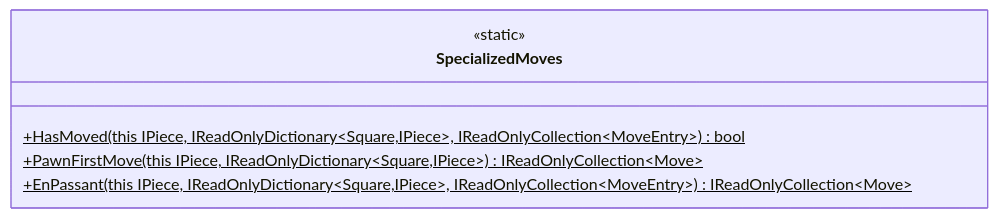
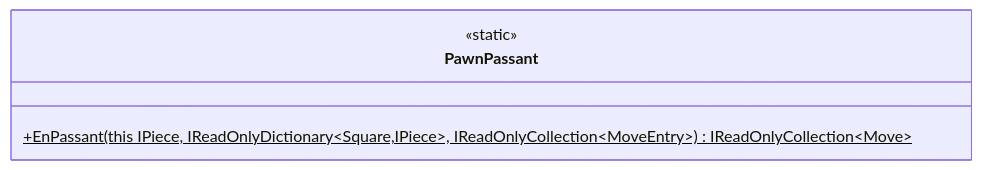
Before and after one commit to JeanLColombo/Mate: the sixth of 7 diagrams in UML Diagram/Core/Extensions.md, drawn with Mermaid. The commit also changed other lines of this file and 2 other files, not shown here.

Commit message:
Updated UML's

````diff
--- a/UML Diagram/Core/Extensions.md
+++ b/UML Diagram/Core/Extensions.md
@@ -45,9 +46,7 @@
 ```mermaid
     classDiagram
-    class SpecializedMoves{
+    class PawnPassant{
         <<static>>
-        +HasMoved(this IPiece, IReadOnlyDictionary~Square,IPiece~, IReadOnlyCollection~MoveEntry~)$ bool 
-        +PawnFirstMove(this IPiece, IReadOnlyDictionary~Square,IPiece~)$ IReadOnlyCollection~Move~
         +EnPassant(this IPiece, IReadOnlyDictionary~Square,IPiece~, IReadOnlyCollection~MoveEntry~)$ IReadOnlyCollection~Move~
     }
 ```
````
